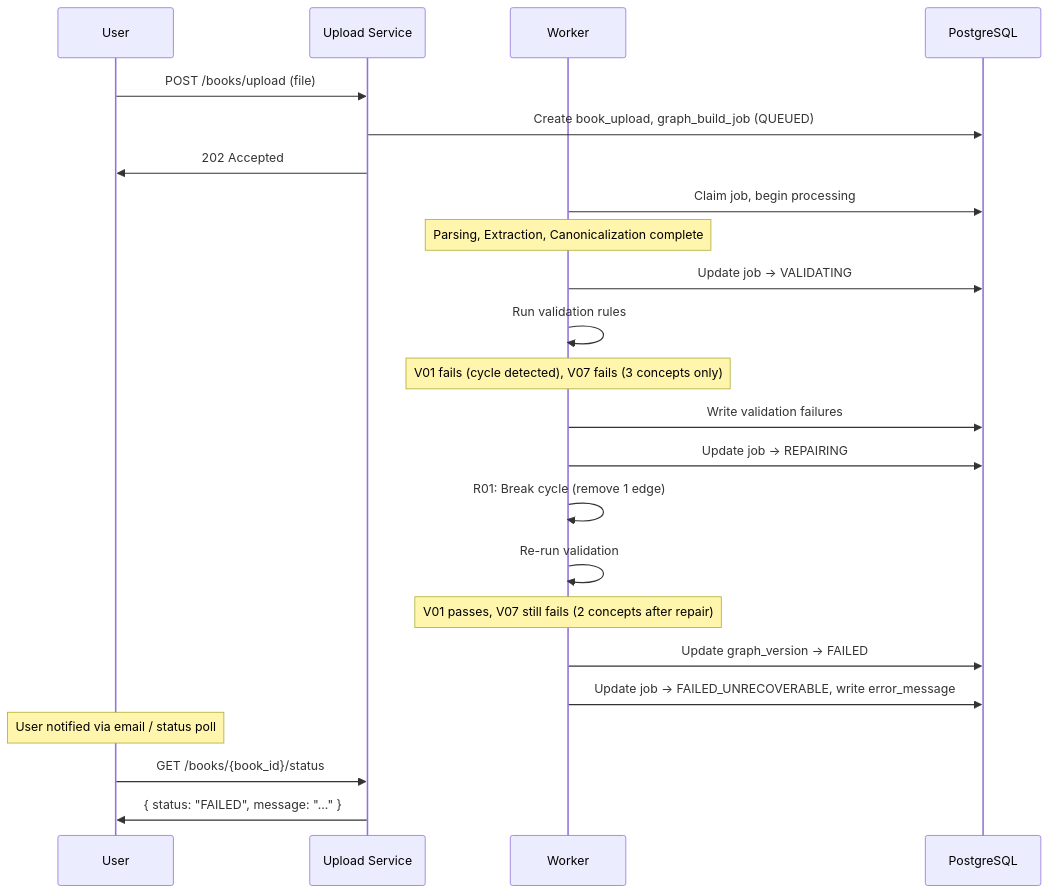
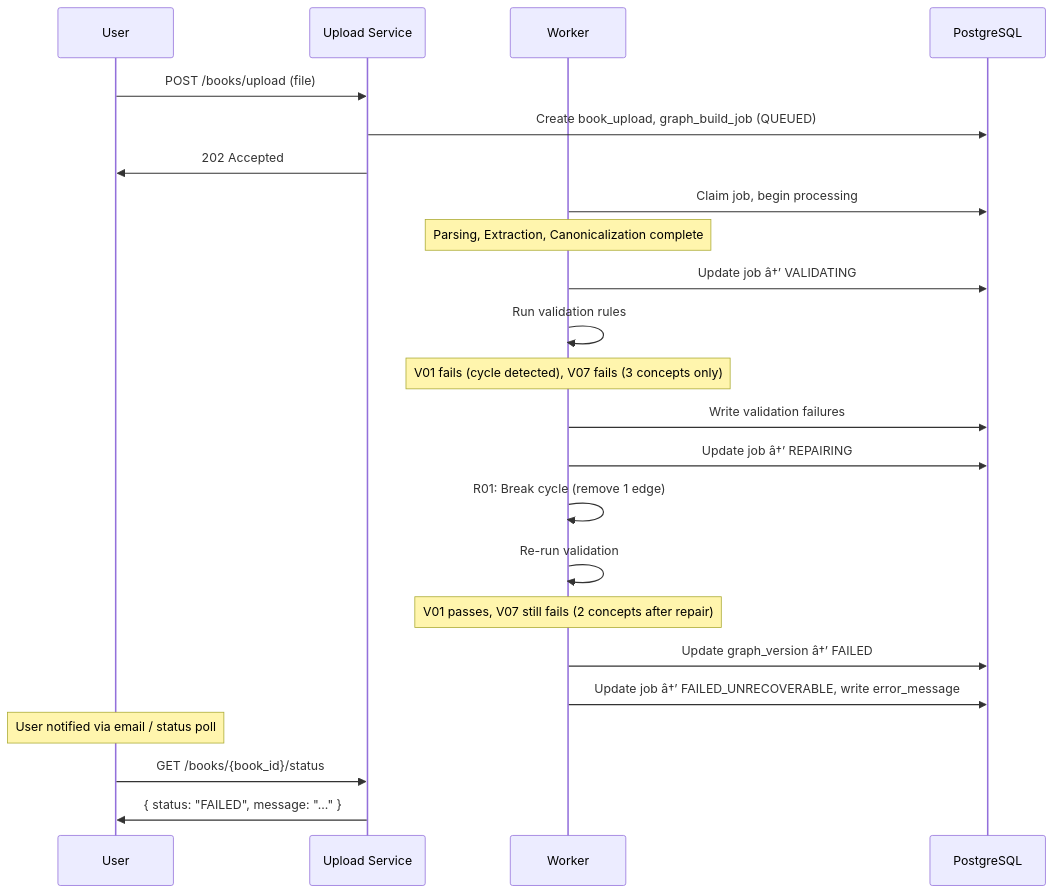
The second of 4 diagrams in docs/architecture/ingestion_pipeline.md (Ujjwaljain16/GenAI-34), drawn with Mermaid before and after one commit. The commit also changed other lines of this file and 8 other files, not shown here.

````diff
--- a/docs/architecture/ingestion_pipeline.md
+++ b/docs/architecture/ingestion_pipeline.md
@@ -1234,31 +1234,31 @@
 ```mermaid
 sequenceDiagram
     participant U as User
     participant API as Upload Service
     participant W as Worker
     participant PG as PostgreSQL
 
     U->>API: POST /books/upload (file)
     API->>PG: Create book_upload, graph_build_job (QUEUED)
     API->>U: 202 Accepted
 
     W->>PG: Claim job, begin processing
     Note over W: Parsing, Extraction, Canonicalization complete
 
-    W->>PG: Update job → VALIDATING
+    W->>PG: Update job â†’ VALIDATING
     W->>W: Run validation rules
     Note over W: V01 fails (cycle detected), V07 fails (3 concepts only)
     W->>PG: Write validation failures
 
-    W->>PG: Update job → REPAIRING
+    W->>PG: Update job â†’ REPAIRING
     W->>W: R01: Break cycle (remove 1 edge)
     W->>W: Re-run validation
     Note over W: V01 passes, V07 still fails (2 concepts after repair)
 
-    W->>PG: Update graph_version → FAILED
-    W->>PG: Update job → FAILED_UNRECOVERABLE, write error_message
+    W->>PG: Update graph_version â†’ FAILED
+    W->>PG: Update job â†’ FAILED_UNRECOVERABLE, write error_message
 
     Note over U: User notified via email / status poll
     U->>API: GET /books/{book_id}/status
     API->>U: { status: "FAILED", message: "..." }
 ```
````
